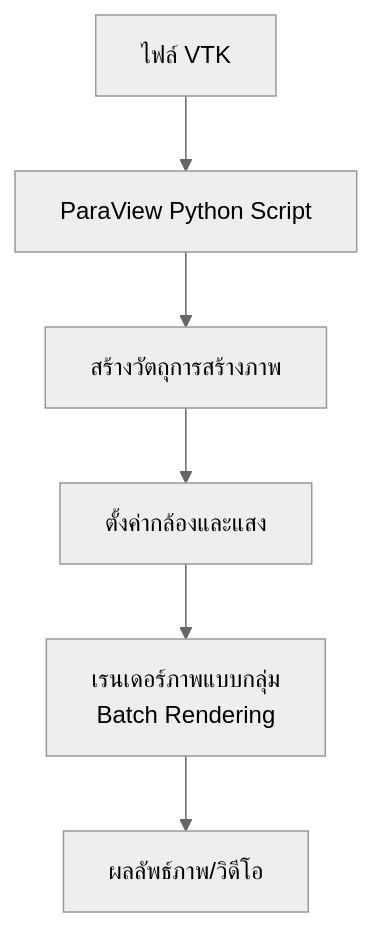
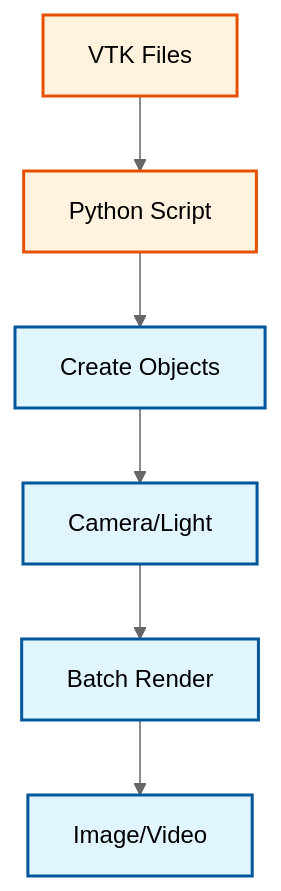
One commit to wramet/build-my-cfd changed the second of 2 diagrams in MODULE_07_UTILITIES_AUTOMATION/CONTENT/04_VISUALIZATION/01_ParaView_Visualization.md. Above: the diagram before and after it, drawn with Mermaid (neutral theme). The commit also changed other lines of this file and 313 other files, not shown here.

Commit message:
Revise all diagram

````diff
--- a/MODULE_07_UTILITIES_AUTOMATION/CONTENT/04_VISUALIZATION/01_ParaView_Visualization.md
+++ b/MODULE_07_UTILITIES_AUTOMATION/CONTENT/04_VISUALIZATION/01_ParaView_Visualization.md
@@ -433,8 +436,11 @@
 ```mermaid
 flowchart TD
-    A[ไฟล์ VTK] --> B[ParaView Python Script]
-    B --> C[สร้างวัตถุการสร้างภาพ]
-    C --> D[ตั้งค่ากล้องและแสง]
-    D --> E[เรนเดอร์ภาพแบบกลุ่ม<br/>Batch Rendering]
-    E --> F[ผลลัพธ์ภาพ/วิดีโอ]
+classDef implicit fill:#e1f5fe,stroke:#01579b,stroke-width:2px,color:#000
+classDef explicit fill:#fff3e0,stroke:#e65100,stroke-width:2px,color:#000
+
+A[VTK Files]:::explicit --> B[Python Script]:::explicit
+B --> C[Create Objects]:::implicit
+C --> D[Camera/Light]:::implicit
+D --> E[Batch Render]:::implicit
+E --> F[Image/Video]:::implicit
 ```
````
